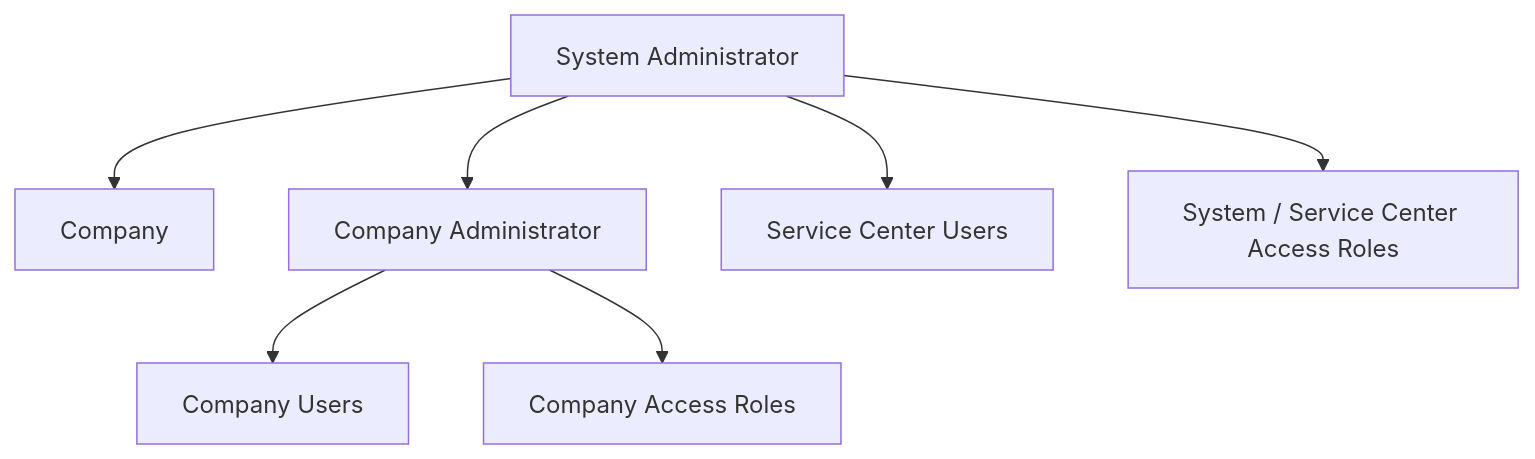
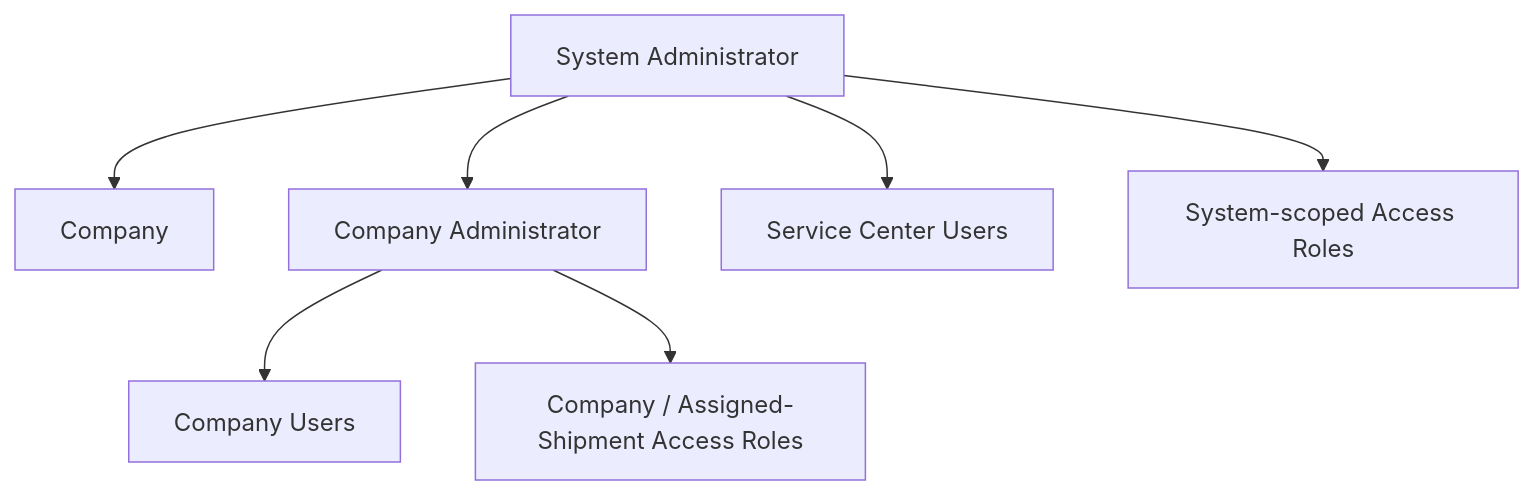
The second of 4 diagrams in README.md (volpinivinicius/tcc-ads_controle-exportacao), drawn with Mermaid before and after one commit. The commit also changed other lines of this file and 13 other files, not shown here.

Commit message:
Ajustes nomenclatura isIntercompany → isGroupCompany + AccessRole: SYSTEM, COMPANY, ASSIGNED_SHIPMENT

````diff
--- a/README.md
+++ b/README.md
@@ -42,11 +44,11 @@
 ```mermaid
 flowchart TD
     SA[System Administrator]
 
     SA --> C[Company]
     SA --> CA[Company Administrator]
     SA --> SC[Service Center Users]
     CA --> CU[Company Users]
-    CA --> AR[Company Access Roles]
-    SA --> SAR[System / Service Center Access Roles]
+    CA --> AR[Company / Assigned-Shipment Access Roles]
+    SA --> SAR[System-scoped Access Roles]
 ```
````
